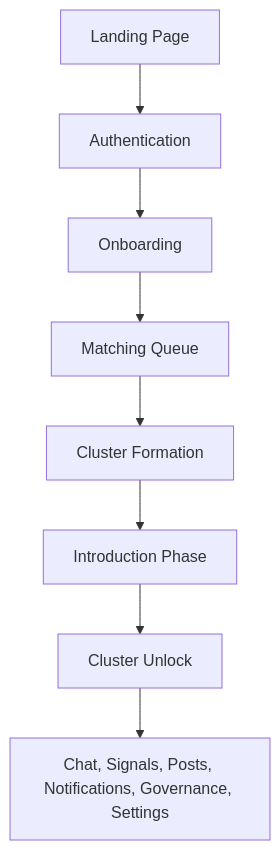
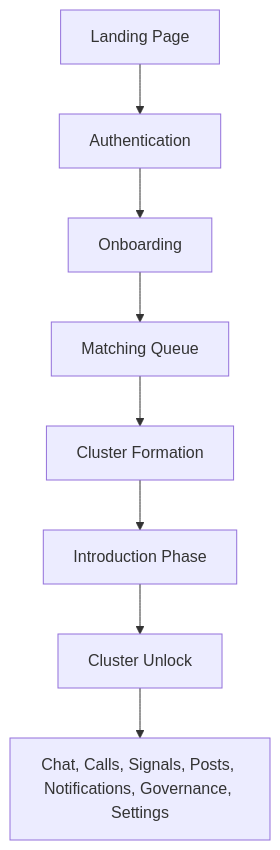
One commit to The-Sensorium/sensorium changed the second of 3 diagrams in docs/ARCHITECTURE.md. Above: the diagram before and after it, drawn with Mermaid. The commit also changed other lines of this file and 19 other files, not shown here.

````diff
--- a/docs/ARCHITECTURE.md
+++ b/docs/ARCHITECTURE.md
@@ -63,10 +64,10 @@
 ```mermaid
 flowchart TD
     A[Landing Page] --> B[Authentication]
     B --> C[Onboarding]
     C --> D[Matching Queue]
     D --> E[Cluster Formation]
     E --> F[Introduction Phase]
     F --> G[Cluster Unlock]
-    G --> H[Chat, Signals, Posts, Notifications, Governance, Settings]
+    G --> H[Chat, Calls, Signals, Posts, Notifications, Governance, Settings]
 ```
````
